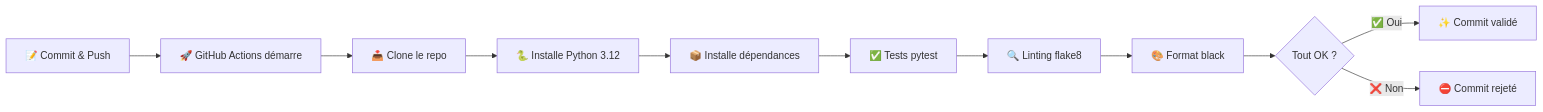
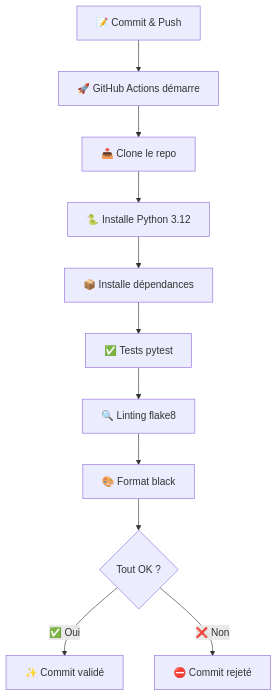
Before and after one commit to Bamolitho/InsideCI-CD: the diagram in README.md, drawn with Mermaid.

Commit message:
Démo ici --> https://github.com/Bamolitho/hello-ci-cd

````diff
--- a/README.md
+++ b/README.md
@@ -613,13 +613,13 @@
 ```mermaid
-graph LR
+graph TB
     A[📝 Commit & Push] --> B[🚀 GitHub Actions démarre]
     B --> C[📥 Clone le repo]
     C --> D[🐍 Installe Python 3.12]
     D --> E[📦 Installe dépendances]
     E --> F[✅ Tests pytest]
     F --> G[🔍 Linting flake8]
     G --> H[🎨 Format black]
     H --> I{Tout OK ?}
     I -->|✅ Oui| J[✨ Commit validé]
     I -->|❌ Non| K[⛔ Commit rejeté]
 ```
````
